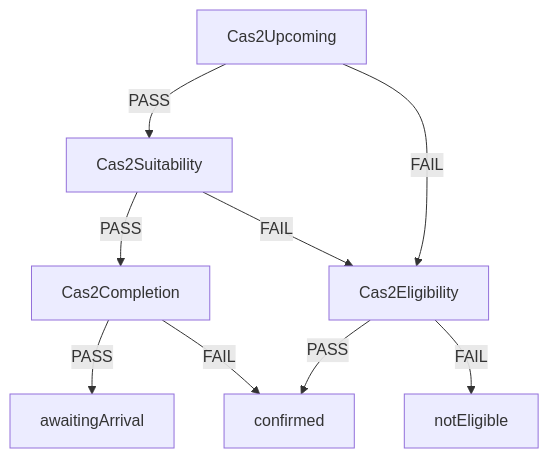
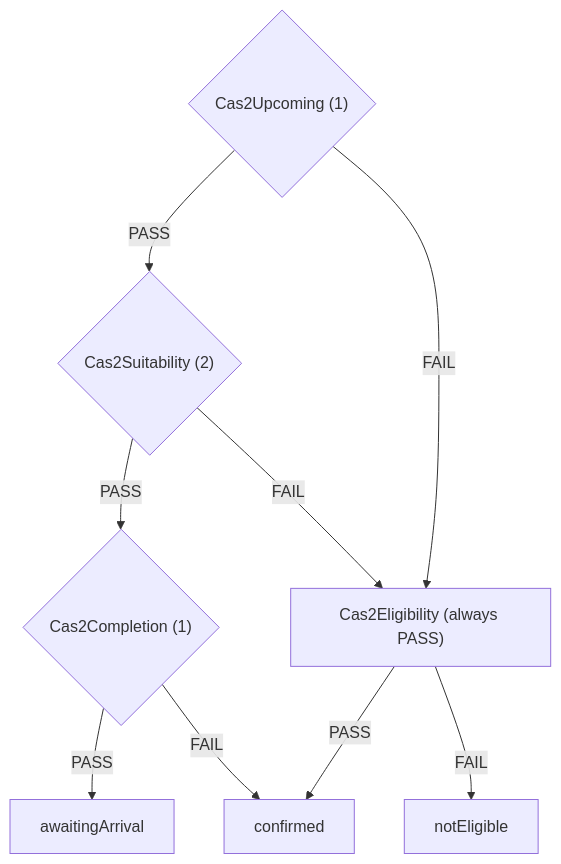
Before and after one commit to ministryofjustice/hmpps-single-accommodation-service-api: the second of 6 diagrams in docs/eligibility-rules-graph.md, drawn with Mermaid. The commit also changed other lines of this file and 35 other files, not shown here.

````diff
--- a/docs/eligibility-rules-graph.md
+++ b/docs/eligibility-rules-graph.md
@@ -63,18 +91,18 @@
 ```mermaid
 flowchart TD
-  Cas2Upcoming["Cas2Upcoming"]
-  Cas2Suitability["Cas2Suitability"]
-  Cas2Completion["Cas2Completion"]
+  Cas2Upcoming{"Cas2Upcoming (1)"}
+  Cas2Suitability{"Cas2Suitability (2)"}
+  Cas2Completion{"Cas2Completion (1)"}
   awaitingArrival["awaitingArrival"]
   confirmed["confirmed"]
-  Cas2Eligibility["Cas2Eligibility"]
+  Cas2Eligibility["Cas2Eligibility (always PASS)"]
   notEligible["notEligible"]
   Cas2Completion -->|PASS| awaitingArrival
   Cas2Completion -->|FAIL| confirmed
   Cas2Eligibility -->|PASS| confirmed
   Cas2Eligibility -->|FAIL| notEligible
   Cas2Suitability -->|PASS| Cas2Completion
   Cas2Suitability -->|FAIL| Cas2Eligibility
   Cas2Upcoming -->|PASS| Cas2Suitability
   Cas2Upcoming -->|FAIL| Cas2Eligibility
 ```
````
